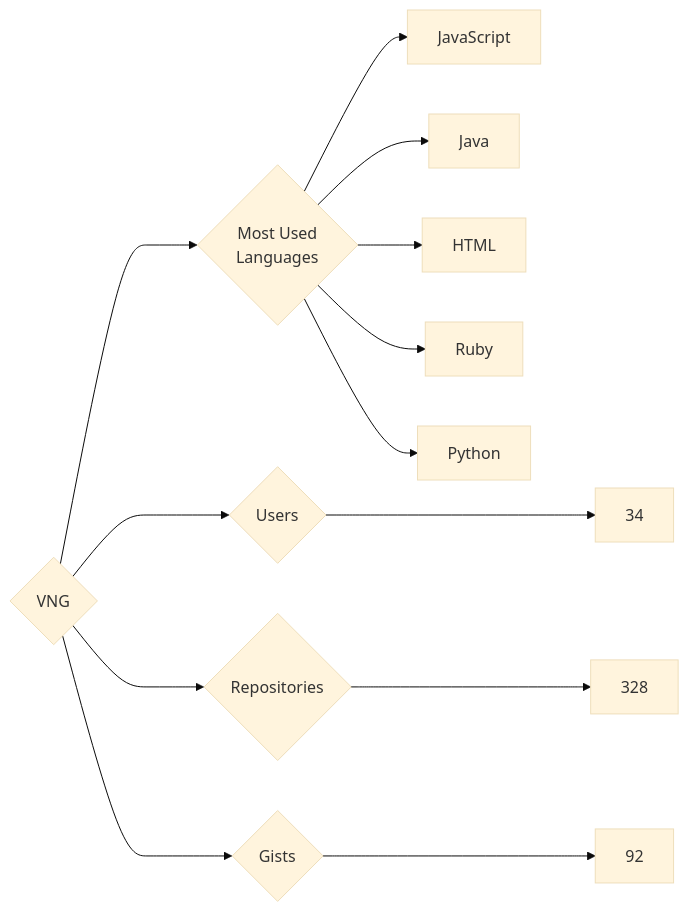
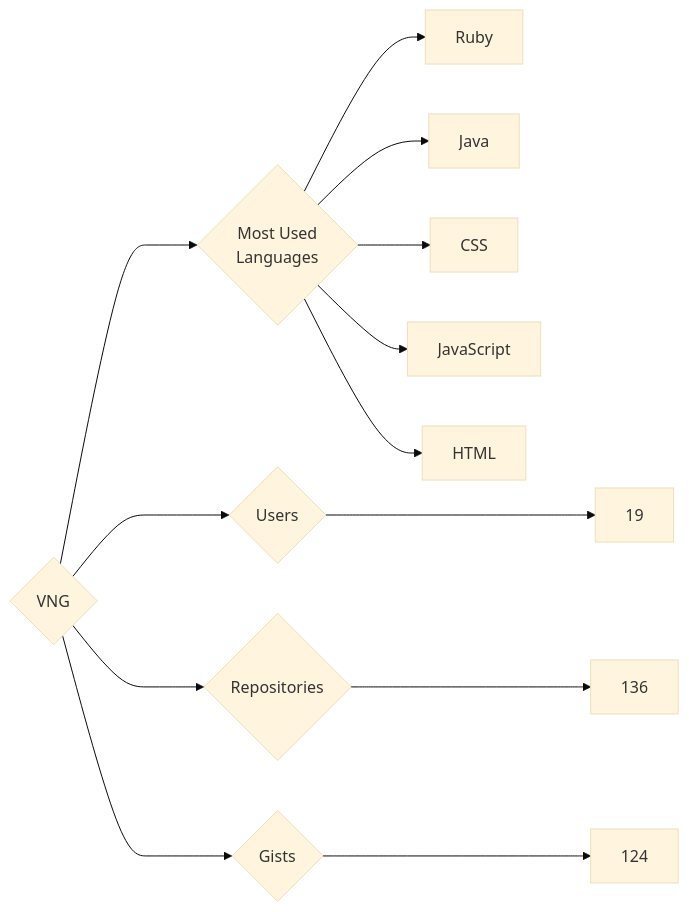
Before and after one commit to trickest/insiders: the diagram in targets/VNG/README.md, drawn with Mermaid (base theme). The commit also changed 940 other files, not shown here.

````diff
--- a/targets/VNG/README.md
+++ b/targets/VNG/README.md
@@ -3,13 +3,13 @@
 ```mermaid
 graph LR
 COMPANY_NAME{VNG}
-COMPANY_NAME ---> U{Users} ---> UN[34]
-COMPANY_NAME ---> R{Repositories} ---> RN[328]
-COMPANY_NAME ---> G{Gists} ---> GN[92]
+COMPANY_NAME ---> U{Users} ---> UN[19]
+COMPANY_NAME ---> R{Repositories} ---> RN[136]
+COMPANY_NAME ---> G{Gists} ---> GN[124]
 COMPANY_NAME ---> ML{Most Used<br>Languages}
+ML --> Ruby[Ruby]
+ML --> Java[Java]
+ML --> CSS[CSS]
 ML --> JavaScript[JavaScript]
-ML --> Java[Java]
 ML --> HTML[HTML]
-ML --> Ruby[Ruby]
-ML --> Python[Python]
 ```
````
